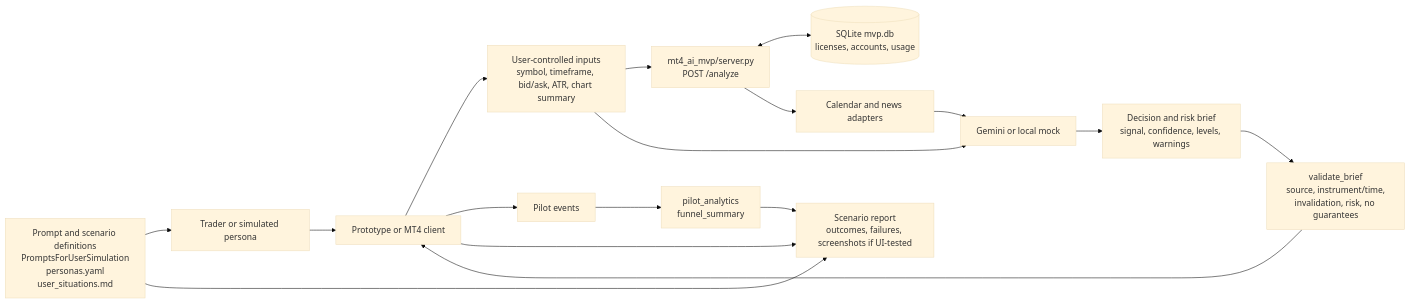
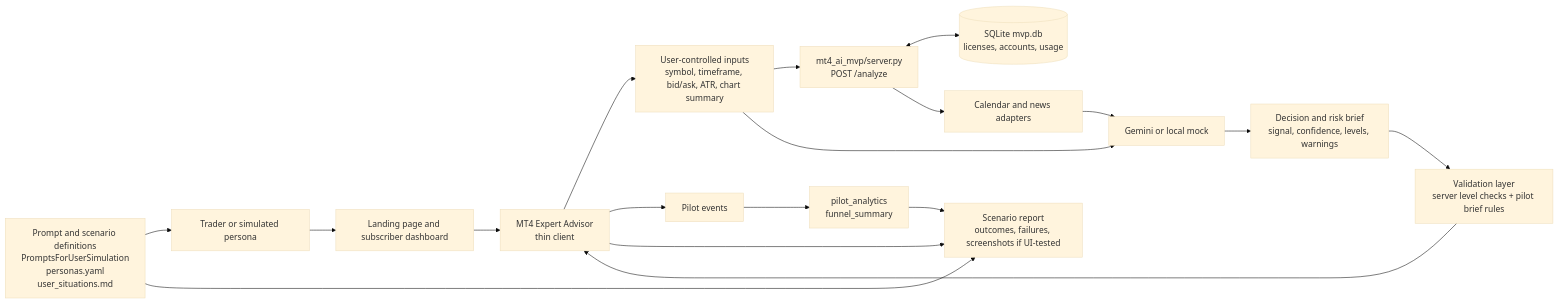
Before and after one commit to adilstudentbcn/eurjpy-pilot-analytics: the diagram in docs/architecture.md, drawn with Mermaid (base theme). The commit also changed other lines of this file and 5 other files, not shown here.

````diff
--- a/docs/architecture.md
+++ b/docs/architecture.md
@@ -7,33 +7,35 @@
 ```mermaid
 flowchart LR
     U[Trader or simulated persona]
     P[Prompt and scenario definitions<br/>PromptsForUserSimulation<br/>personas.yaml<br/>user_situations.md]
-    UI[Prototype or MT4 client]
+    UI[MT4 Expert Advisor<br/>thin client]
+    WEB[Landing page and subscriber dashboard]
     API[mt4_ai_mvp/server.py<br/>POST /analyze]
     INPUT[User-controlled inputs<br/>symbol, timeframe, bid/ask, ATR, chart summary]
     CAL[Calendar and news adapters]
     AI[Gemini or local mock]
     BRIEF[Decision and risk brief<br/>signal, confidence, levels, warnings]
     DB[(SQLite mvp.db<br/>licenses, accounts, usage)]
     EVENTS[Pilot events]
     ANALYTICS[pilot_analytics<br/>funnel_summary]
-    GUARD[validate_brief<br/>source, instrument/time,<br/>invalidation, risk, no guarantees]
+    GUARD[Validation layer<br/>server level checks + pilot brief rules]
     REPORT[Scenario report<br/>outcomes, failures, screenshots if UI-tested]
 
-    U --> UI
+    U --> WEB
+    WEB --> UI
     P --> U
     UI --> INPUT
     INPUT --> API
     API <--> DB
     API --> CAL
     CAL --> AI
     INPUT --> AI
     AI --> BRIEF
     BRIEF --> GUARD
     GUARD --> UI
     UI --> EVENTS
     EVENTS --> ANALYTICS
     P --> REPORT
     UI --> REPORT
     ANALYTICS --> REPORT
 ```
````
